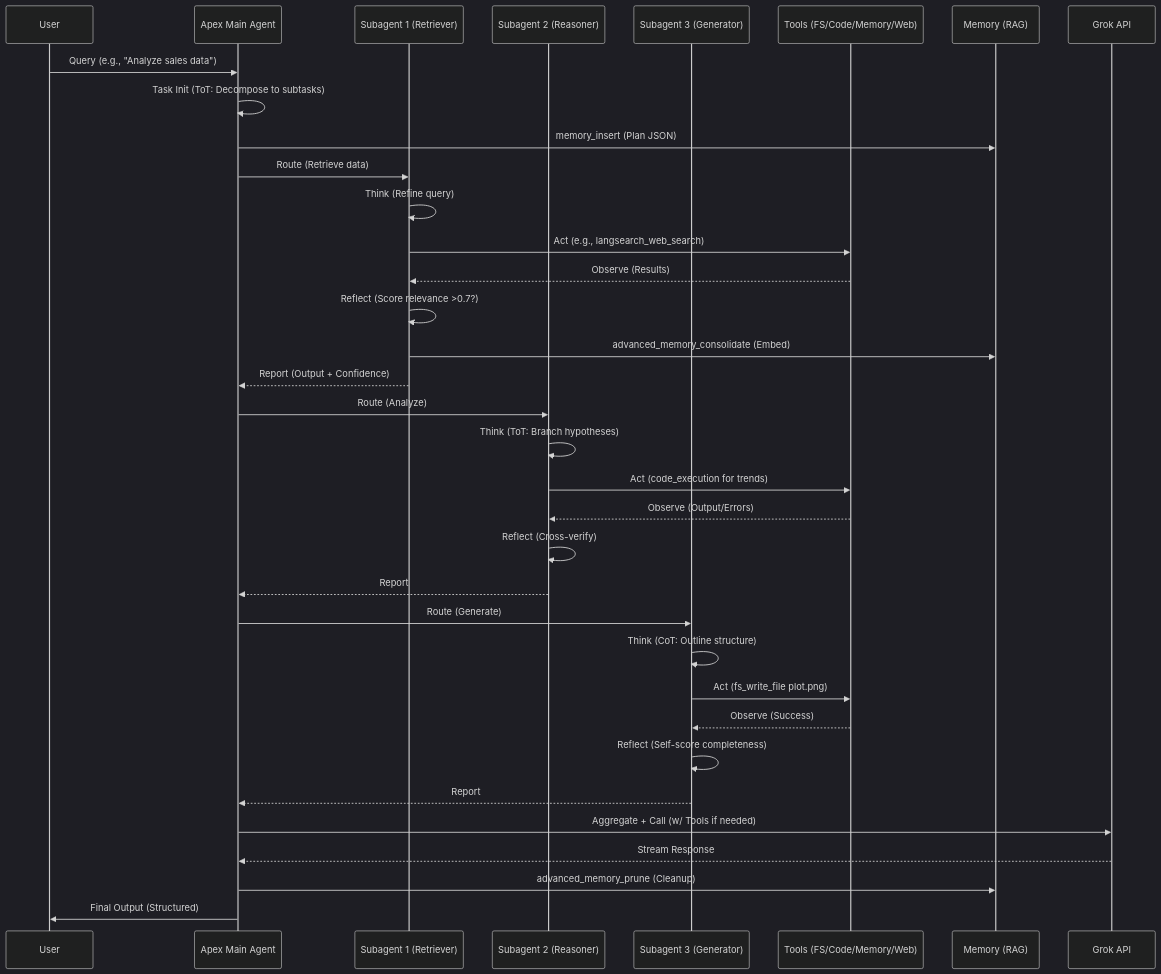
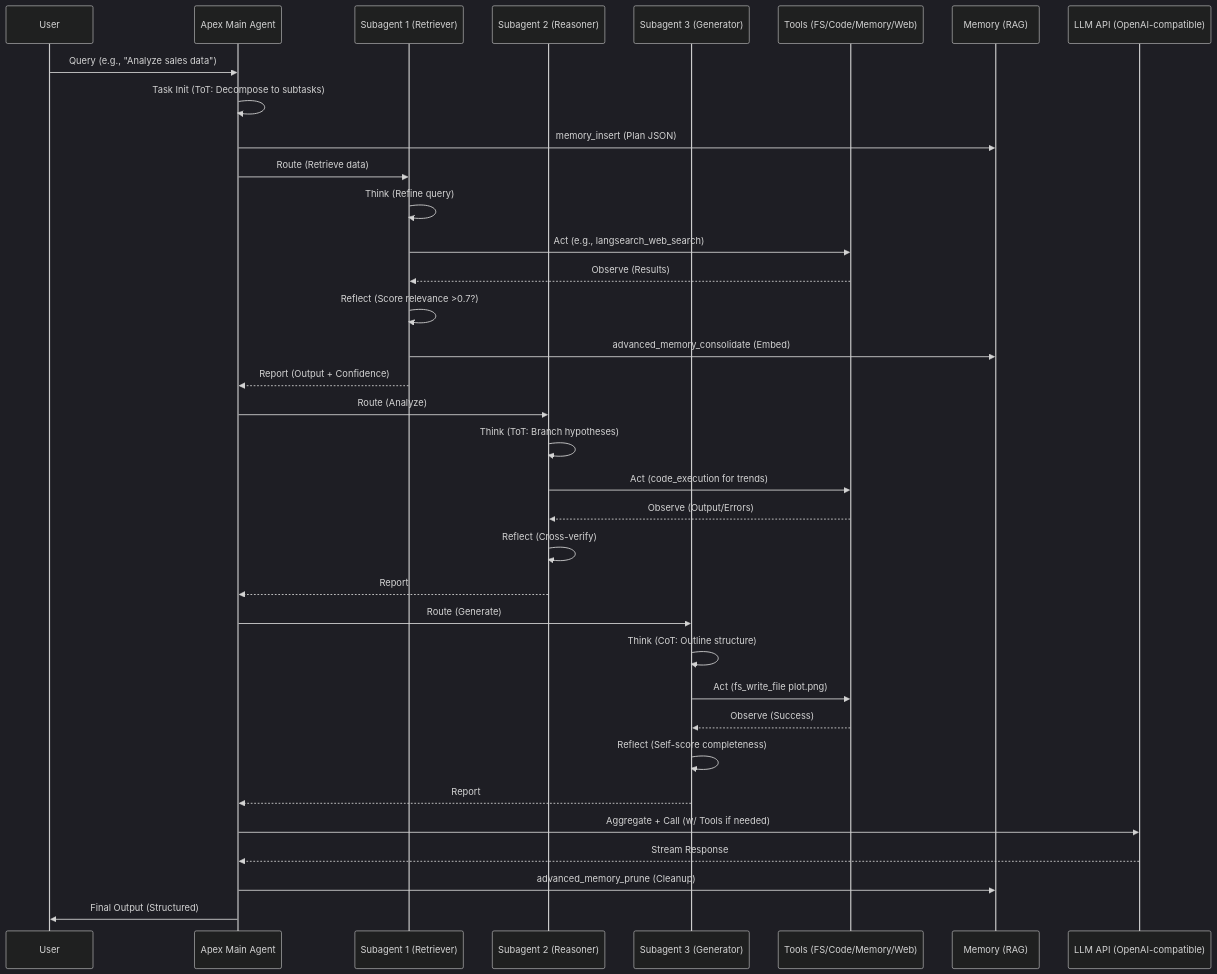
One commit to kzadorAT/ApexOrchestrator changed the first of 3 diagrams in README.md. Above: the diagram before and after it, drawn with Mermaid (dark theme). The commit also changed other lines of this file and 9 other files, not shown here.

First line of the commit message:
refactor: migrate from xAI Grok to OpenAI-compatible API support

````diff
--- a/README.md
+++ b/README.md
@@ -114,41 +114,41 @@
 ```mermaid
 sequenceDiagram
     participant U as User
     participant A as Apex Main Agent
     participant S1 as Subagent 1 (Retriever)
     participant S2 as Subagent 2 (Reasoner)
     participant S3 as Subagent 3 (Generator)
     participant T as Tools (FS/Code/Memory/Web)
     participant M as Memory (RAG)
-    participant G as Grok API
+    participant G as LLM API (OpenAI-compatible)
 
     U->>A: Query (e.g., "Analyze sales data")
     A->>A: Task Init (ToT: Decompose to subtasks)
     A->>M: memory_insert (Plan JSON)
     A->>S1: Route (Retrieve data)
     S1->>S1: Think (Refine query)
     S1->>T: Act (e.g., langsearch_web_search)
     T-->>S1: Observe (Results)
     S1->>S1: Reflect (Score relevance >0.7?)
     S1->>M: advanced_memory_consolidate (Embed)
     S1-->>A: Report (Output + Confidence)
     
     A->>S2: Route (Analyze)
     S2->>S2: Think (ToT: Branch hypotheses)
     S2->>T: Act (code_execution for trends)
     T-->>S2: Observe (Output/Errors)
     S2->>S2: Reflect (Cross-verify)
     S2-->>A: Report
     
     A->>S3: Route (Generate)
     S3->>S3: Think (CoT: Outline structure)
     S3->>T: Act (fs_write_file plot.png)
     T-->>S3: Observe (Success)
     S3->>S3: Reflect (Self-score completeness)
     S3-->>A: Report
     
     A->>G: Aggregate + Call (w/ Tools if needed)
     G-->>A: Stream Response
     A->>M: advanced_memory_prune (Cleanup)
     A->>U: Final Output (Structured)
 ```
````
